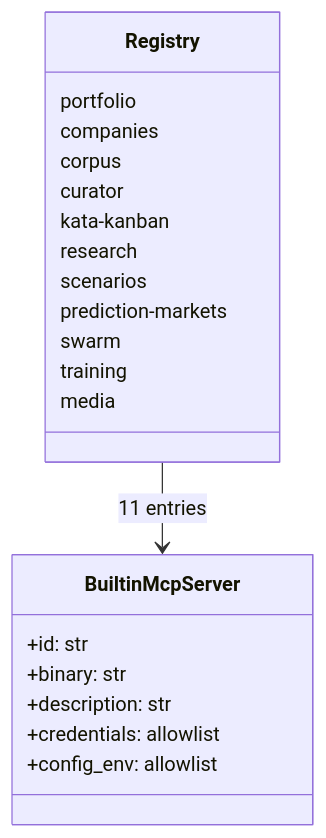
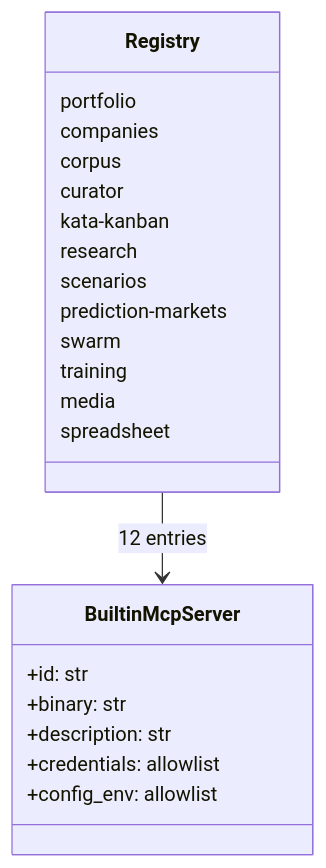
One commit to mdz-axo/zed-kask changed the second of 2 diagrams in kask/docs/diataxis/kask_bridge/reference.md. Above: the diagram before and after it, drawn with Mermaid. The commit also changed other lines of this file and 23 other files, not shown here.

````diff
--- a/kask/docs/diataxis/kask_bridge/reference.md
+++ b/kask/docs/diataxis/kask_bridge/reference.md
@@ -130,24 +131,25 @@
 ```mermaid
 classDiagram
     class BuiltinMcpServer {
         +id: str
         +binary: str
         +description: str
         +credentials: allowlist
         +config_env: allowlist
     }
     class Registry {
         portfolio
         companies
         corpus
         curator
         kata-kanban
         research
         scenarios
         prediction-markets
         swarm
         training
         media
+        spreadsheet
     }
-    Registry --> BuiltinMcpServer : 11 entries
+    Registry --> BuiltinMcpServer : 12 entries
 ```
````
